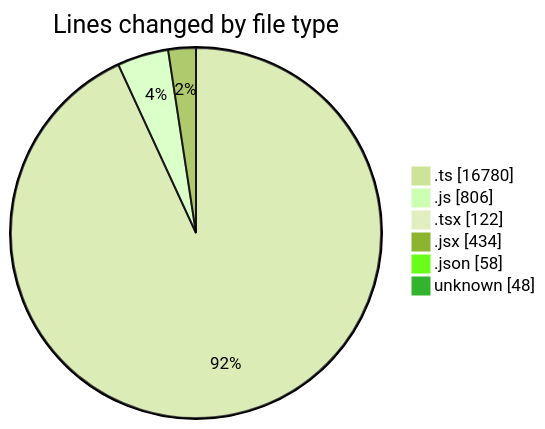
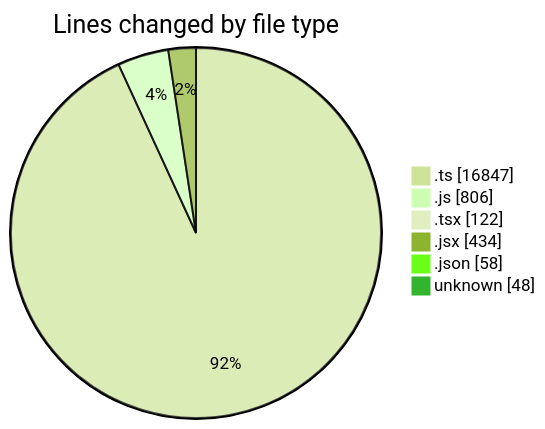
One commit to momahboobian/code-tracking changed the first of 2 diagrams in 2025-11-12/cda/README.md. Above: the diagram before and after it, drawn with Mermaid (forest theme). The commit also changed other lines of this file and 1 other file, not shown here.

````diff
--- a/2025-11-12/cda/README.md
+++ b/2025-11-12/cda/README.md
@@ -35,10 +35,10 @@
 ```mermaid
 pie showData
 title Lines changed by file type
-".ts" : 16780
+".ts" : 16847
 ".js" : 806
 ".tsx" : 122
 ".jsx" : 434
 ".json" : 58
 "unknown" : 48
 ```
````
